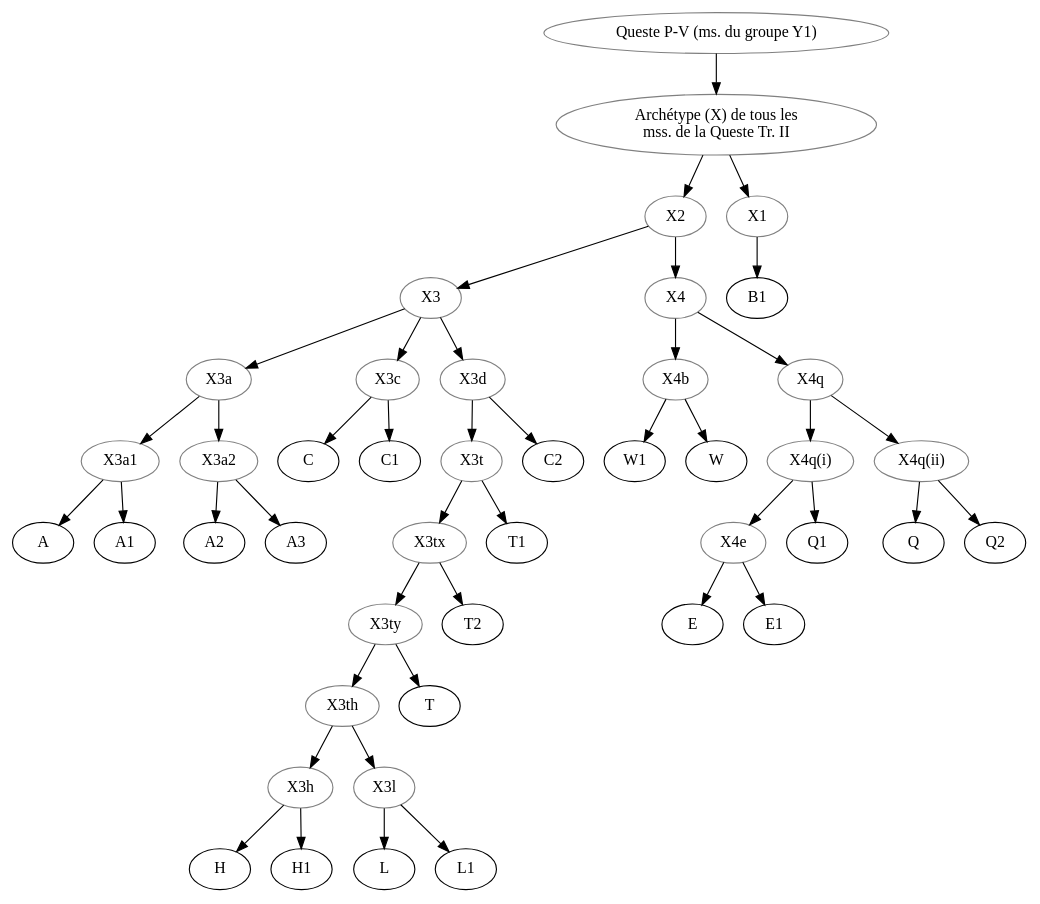
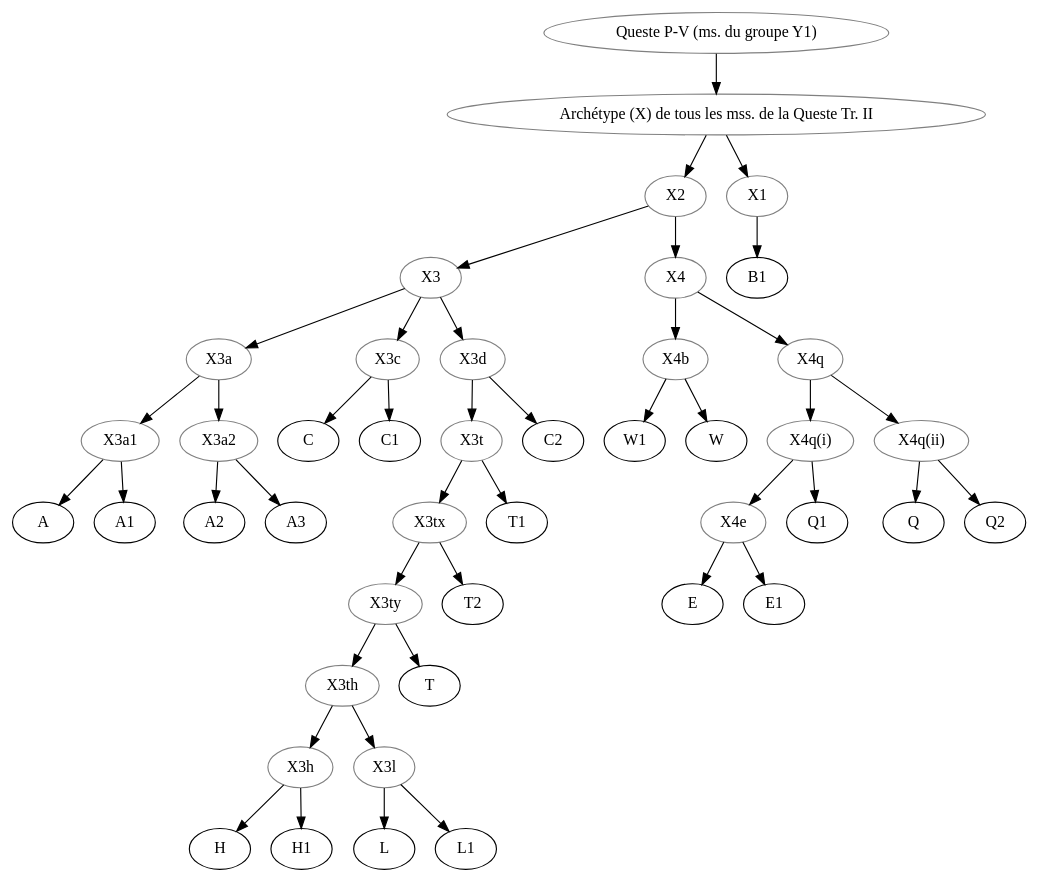
The diagram in data/fro/Bogdanow_1991_QuesteTr/stemma.gv (OpenStemmata/database), drawn with Graphviz before and after one commit. The commit also changed 7 other files, not shown here.

```diff
--- a/data/fro/Bogdanow_1991_QuesteTr/stemma.gv
+++ b/data/fro/Bogdanow_1991_QuesteTr/stemma.gv
@@ -1,67 +1,67 @@
 digraph {
 Y1[label="Queste P-V (ms. du groupe Y1)", color="grey"];
-X[label="Archétype (X) de tous les \n mss. de la Queste Tr. II", color="grey"];
+X[label="Archétype (X) de tous les mss. de la Queste Tr. II", color="grey"];
 X2[color="grey"];
 X3[color="grey"];
 X3a[color="grey"];
 X3a1[color="grey"];
 X3a2[color="grey"];
 X3c[color="grey"];
 X3d[color="grey"];
 X3h[color="grey"];
 X3l[color="grey"];
 X3t[color="grey"];
 X3th[color="grey"];
 X3tx[color="grey"];
 X3ty[color="grey"];
 X4[color="grey"];
 X4b[color="grey"];
 X4q[color="grey"];
 X4q1[label="X4q(i)", color="grey"];
 X4q2[label="X4q(ii)", color="grey"];
 X4e[color="grey"];
 X1[color="grey"]
 Y1->X;
 X->X1;
 X1->B1;
 X->X2;
 X2->X3;
 X3->X3a;
 X3a->X3a1;
 X3a1->A;
 X3a1->A1;
 X3a->X3a2;
 X3a2->A2;
 X3a2->A3;
 X3->X3d;
 X3d->X3t;
 X3t->T1;
 X3t->X3tx;
 X3tx->T2;
 X3tx->X3ty;
 X3ty->T;
 X3ty->X3th;
 X3th->X3h;
 X3h->H;
 X3h->H1;
 X3th->X3l;
 X3l->L;
 X3l->L1;
 X3d->C2;
 X3->X3c;
 X3c->C;
 X3c->C1;
 X2->X4;
 X4->X4b;
 X4b->W1;
 X4b->W;
 X4->X4q;
 X4q->X4q2;
 X4q2->Q;
 X4q2->Q2;
 X4q->X4q1;
 X4q1->X4e;
 X4e->E;
 X4e->E1;
 X4q1->Q1;
 }
```
